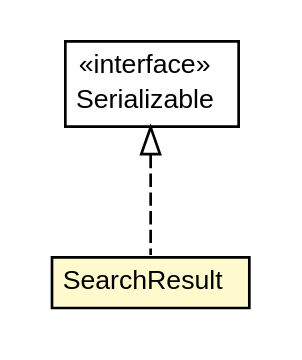
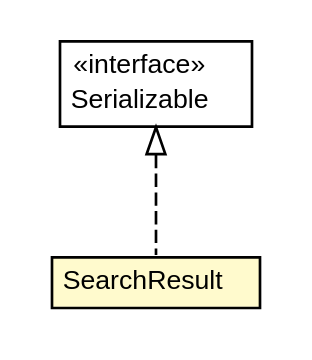
The diagram in doxdb-core/apidocs/net/trajano/doxdb/SearchResult.dot (trajano/doxdb), drawn with Graphviz before and after one commit. The commit also changed 227 other files, not shown here.

```diff
--- a/doxdb-core/apidocs/net/trajano/doxdb/SearchResult.dot
+++ b/doxdb-core/apidocs/net/trajano/doxdb/SearchResult.dot
@@ -1,27 +1,27 @@
 #!/usr/local/bin/dot
 #
 # Class diagram 
 # Generated by UMLGraph version R5_6-24-gf6e263 (http://www.umlgraph.org/)
 #
 
 digraph G {
-	edge [fontname="arial",fontsize=10,labelfontname="arial",labelfontsize=10];
-	node [fontname="arial",fontsize=10,shape=plaintext];
+	edge [fontname="Helvetica",fontsize=10,labelfontname="Helvetica",labelfontsize=10];
+	node [fontname="Helvetica",fontsize=10,shape=plaintext];
 	nodesep=0.25;
 	ranksep=0.5;
 	// net.trajano.doxdb.SearchResult
-	c536 [label=<<table title="net.trajano.doxdb.SearchResult" border="0" cellborder="1" cellspacing="0" cellpadding="2" port="p" bgcolor="lemonChiffon" href="./SearchResult.html">
+	c538 [label=<<table title="net.trajano.doxdb.SearchResult" border="0" cellborder="1" cellspacing="0" cellpadding="2" port="p" bgcolor="lemonChiffon" href="./SearchResult.html">
 		<tr><td><table border="0" cellspacing="0" cellpadding="1">
 <tr><td align="center" balign="center"> SearchResult </td></tr>
 		</table></td></tr>
-		</table>>, URL="./SearchResult.html", fontname="arial", fontcolor="black", fontsize=10.0];
+		</table>>, URL="./SearchResult.html", fontname="Helvetica", fontcolor="black", fontsize=10.0];
 	//net.trajano.doxdb.SearchResult implements java.io.Serializable
-	c557:p -> c536:p [dir=back,arrowtail=empty,style=dashed];
+	c557:p -> c538:p [dir=back,arrowtail=empty,style=dashed];
 	// java.io.Serializable
 	c557 [label=<<table title="java.io.Serializable" border="0" cellborder="1" cellspacing="0" cellpadding="2" port="p" href="http://java.sun.com/j2se/1.4.2/docs/api/java/io/Serializable.html">
 		<tr><td><table border="0" cellspacing="0" cellpadding="1">
 <tr><td align="center" balign="center"> &#171;interface&#187; </td></tr>
 <tr><td align="center" balign="center"> Serializable </td></tr>
 		</table></td></tr>
-		</table>>, URL="http://java.sun.com/j2se/1.4.2/docs/api/java/io/Serializable.html", fontname="arial", fontcolor="black", fontsize=10.0];
+		</table>>, URL="http://java.sun.com/j2se/1.4.2/docs/api/java/io/Serializable.html", fontname="Helvetica", fontcolor="black", fontsize=10.0];
 }
```
